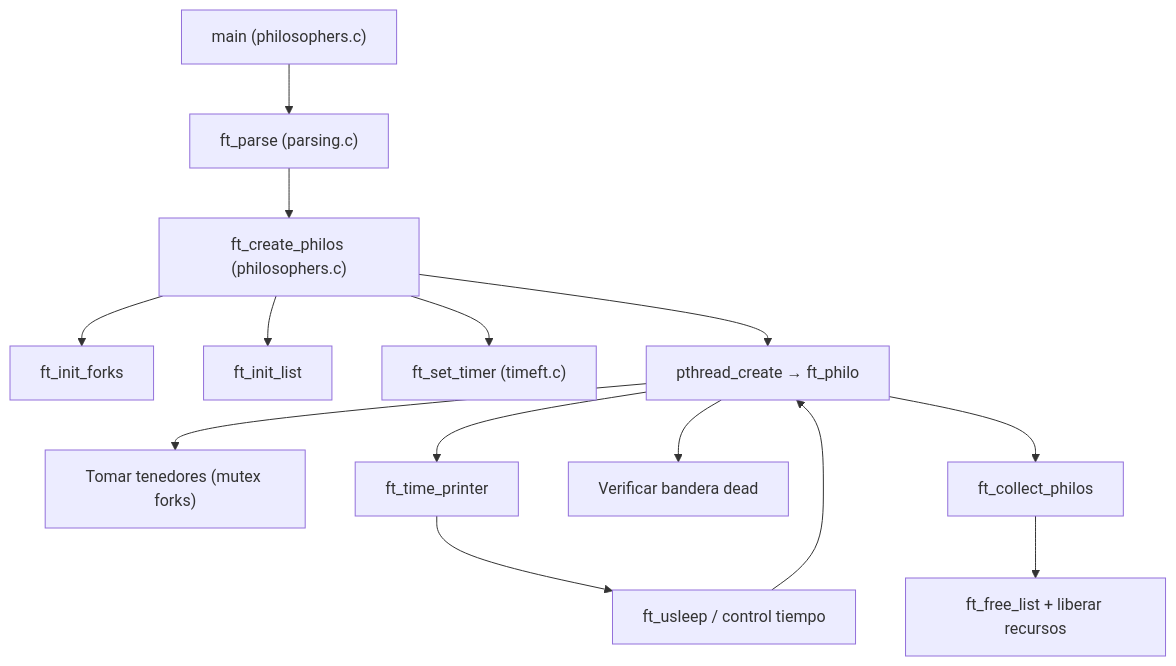
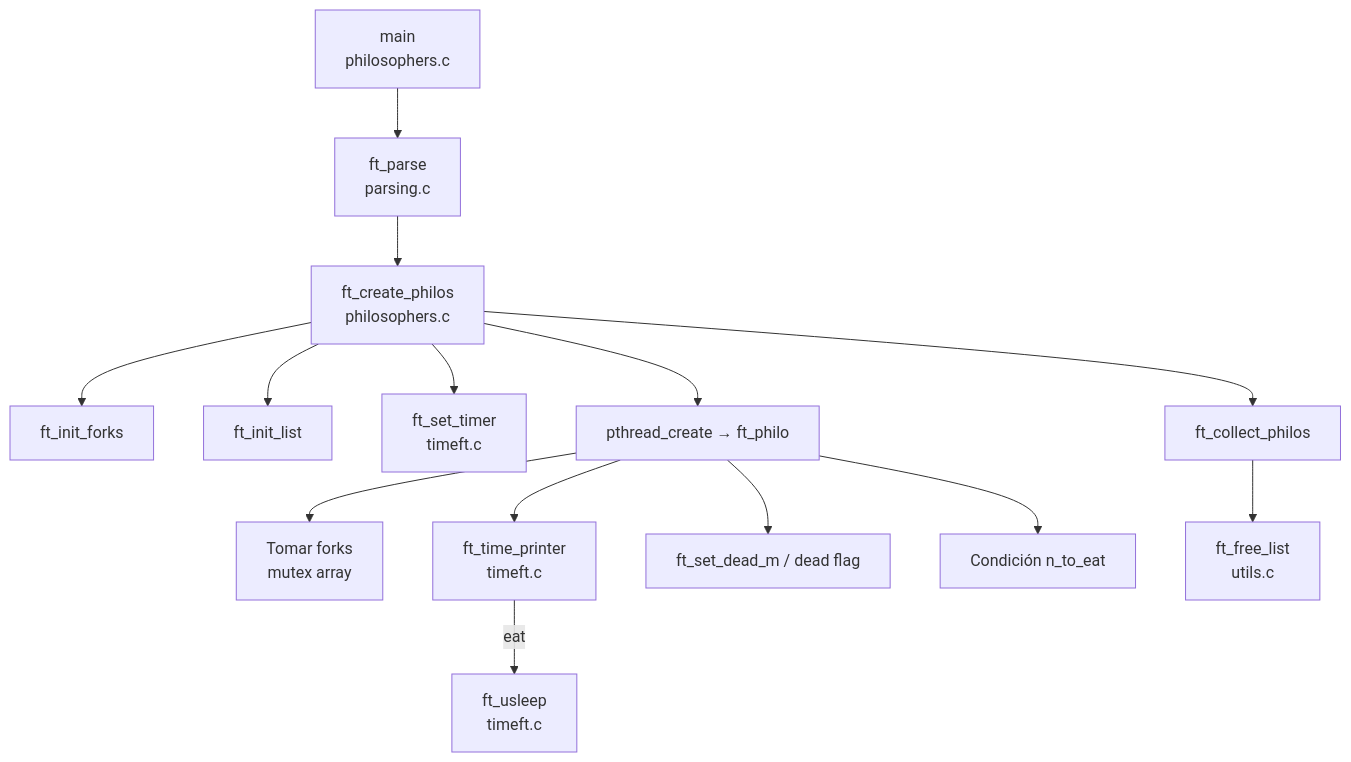
The diagram in README.md (For-CV/philosophers), drawn with Mermaid before and after one commit. The commit also changed other lines of this file, not shown here.

````diff
--- a/README.md
+++ b/README.md
@@ -27,31 +52,16 @@
 ```mermaid
 flowchart TD
-    main_entry["main (philosophers.c)"]
-    parser["ft_parse (parsing.c)"]
-    creator["ft_create_philos (philosophers.c)"]
-    forks["ft_init_forks"]
-    list_init["ft_init_list"]
-    timer["ft_set_timer (timeft.c)"]
-    runner["pthread_create → ft_philo"]
-    forks_use["Tomar tenedores (mutex forks)"]
-    printer["ft_time_printer"]
-    sleeper["ft_usleep / control tiempo"]
-    watchdog["Verificar bandera dead"]
-    collector["ft_collect_philos"]
-    cleanup["ft_free_list + liberar recursos"]
-
-    main_entry --> parser
-    parser --> creator
-    creator --> forks
-    creator --> list_init
-    creator --> timer
-    creator --> runner
-    runner --> forks_use
-    runner --> printer
-    runner --> watchdog
-    printer --> sleeper
-    sleeper --> runner
-    runner --> collector
-    collector --> cleanup
-
+    A[main<br/>philosophers.c] --> B[ft_parse<br/>parsing.c];
+    B --> C[ft_create_philos<br/>philosophers.c];
+    C --> D[ft_init_forks];
+    C --> E[ft_init_list];
+    C --> F[ft_set_timer<br/>timeft.c];
+    C --> G[pthread_create → ft_philo];
+    G --> H[Tomar forks<br/>mutex array];
+    G --> I[ft_time_printer<br/>timeft.c];
+    I -->|eat| J[ft_usleep<br/>timeft.c];
+    G --> K[ft_set_dead_m / dead flag];
+    G --> L[Condición n_to_eat];
+    C --> M[ft_collect_philos];
+    M --> N[ft_free_list<br/>utils.c];
 ```
````
